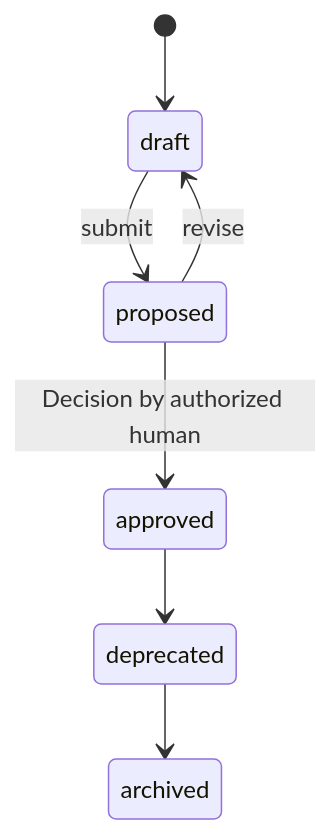
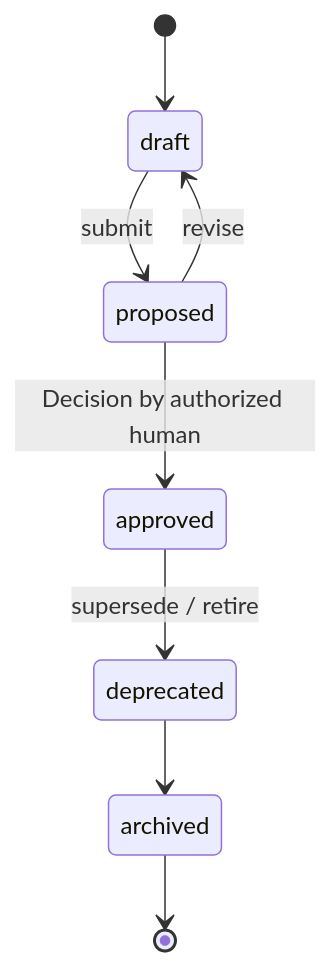
The diagram in pp/PP-0002-core-concepts.md (urbancodeai/product-protocol), drawn with Mermaid before and after one commit. The commit also changed other lines of this file and 92 other files, not shown here.

````diff
--- a/pp/PP-0002-core-concepts.md
+++ b/pp/PP-0002-core-concepts.md
@@ -159,9 +159,10 @@
 ```mermaid
 stateDiagram-v2
     [*] --> draft
     draft --> proposed : submit
     proposed --> draft : revise
     proposed --> approved : Decision by authorized human
-    approved --> deprecated
+    approved --> deprecated : supersede / retire
     deprecated --> archived
+    archived --> [*]
 ```
````
